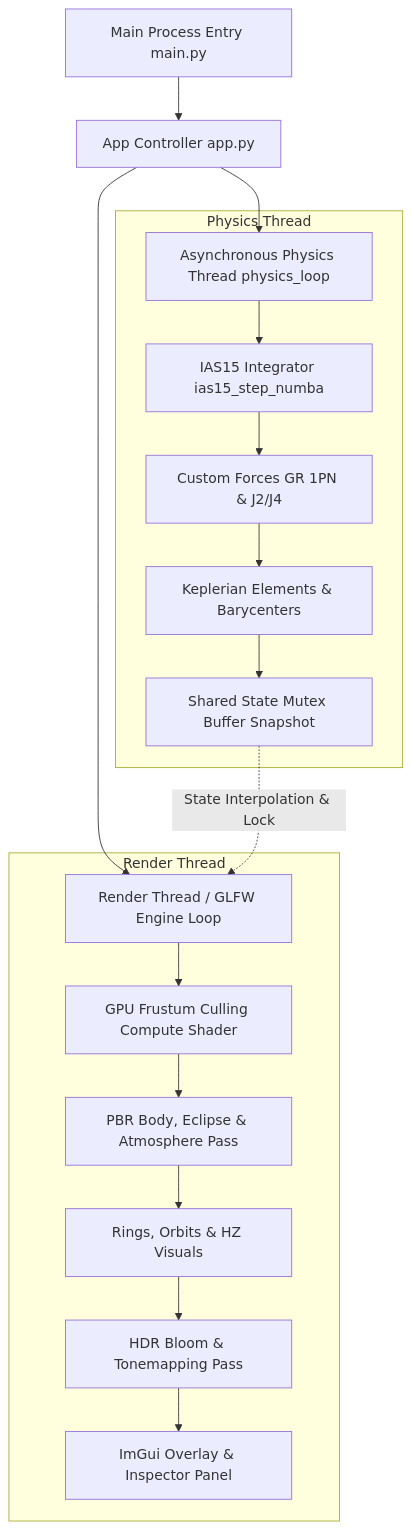
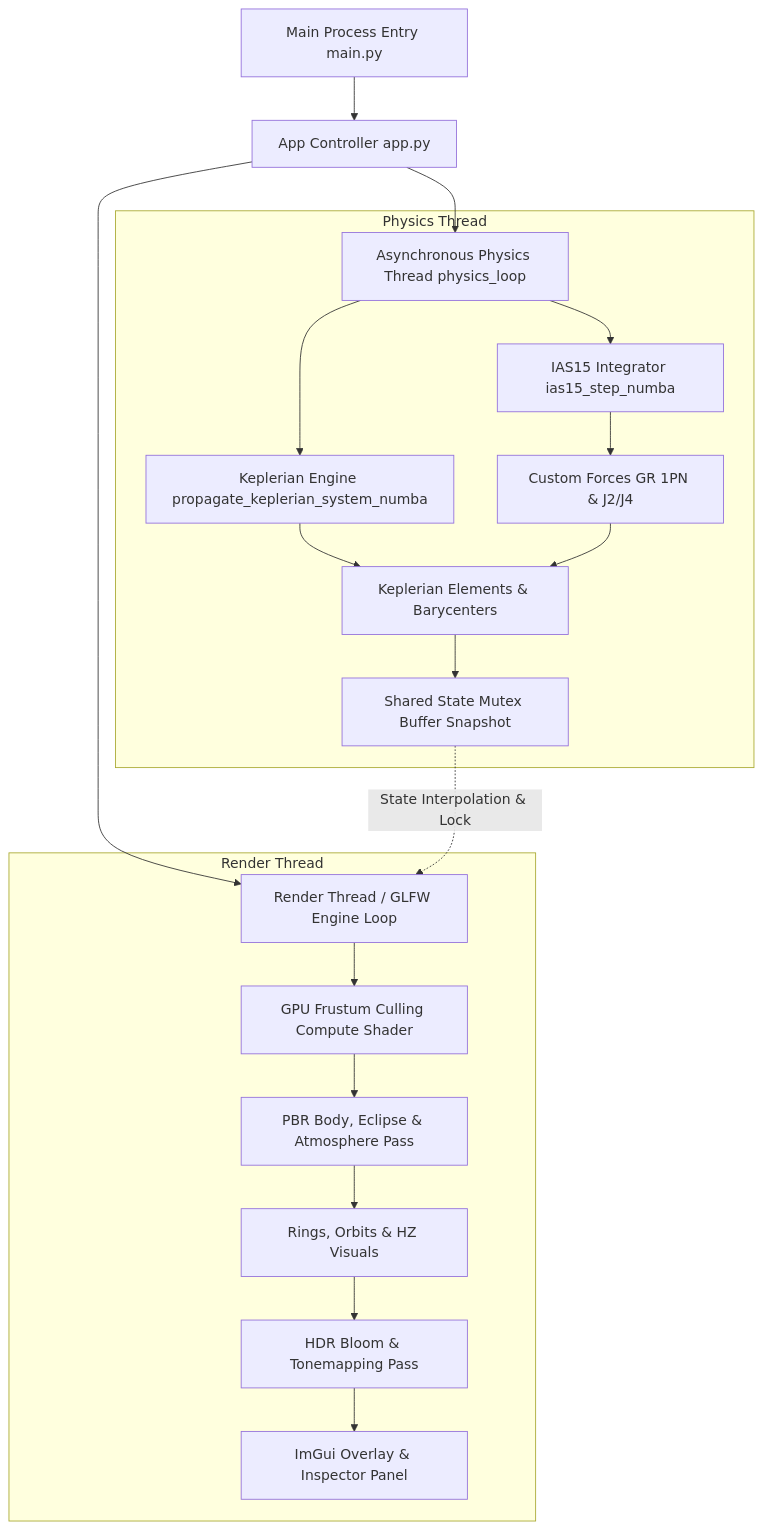
The diagram in README.md (JustNoetic/Stellar-Forge), drawn with Mermaid before and after one commit. The commit also changed other lines of this file and 2 other files, not shown here.

````diff
--- a/README.md
+++ b/README.md
@@ -194,23 +217,25 @@
 ```mermaid
 graph TD
     A[Main Process Entry main.py] --> B[App Controller app.py]
     B --> C[Render Thread / GLFW Engine Loop]
     B --> D[Asynchronous Physics Thread physics_loop]
     
     subgraph Physics Thread
         D --> E[IAS15 Integrator ias15_step_numba]
+        D --> E2[Keplerian Engine propagate_keplerian_system_numba]
         E --> F[Custom Forces GR 1PN & J2/J4]
-        F --> G[Keplerian Elements & Barycenters]
+        E2 --> G[Keplerian Elements & Barycenters]
+        F --> G
         G --> H[Shared State Mutex Buffer Snapshot]
     end
     
     subgraph Render Thread
         C --> I[GPU Frustum Culling Compute Shader]
         I --> J[PBR Body, Eclipse & Atmosphere Pass]
         J --> K[Rings, Orbits & HZ Visuals]
         K --> L[HDR Bloom & Tonemapping Pass]
         L --> M[ImGui Overlay & Inspector Panel]
     end
     
     H -.->|State Interpolation & Lock| C
 ```
````
